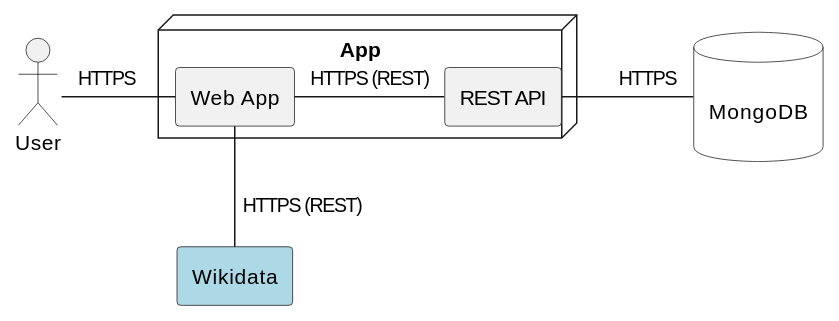
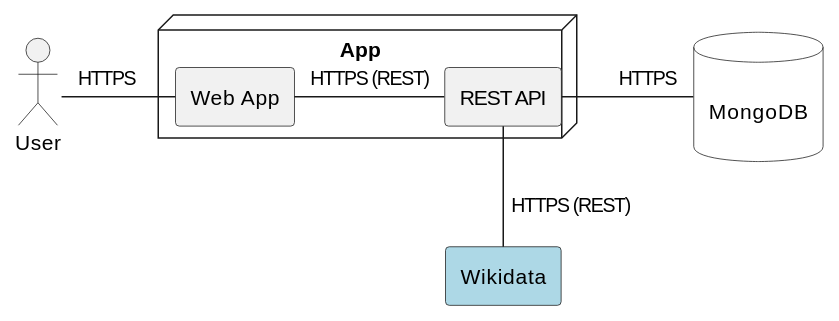
One commit to Arquisoft/wiq_es6c changed the diagram in docs/src/03_system_scope_and_context.adoc. Above: the diagram before and after it, drawn with PlantUML. The commit also changed other lines of this file, not shown here.

Commit message:
Corregida sección 3: Ajustados diagrama y términos

```diff
--- a/docs/src/03_system_scope_and_context.adoc
+++ b/docs/src/03_system_scope_and_context.adoc
@@ -72,17 +72,17 @@
 [plantuml,"Technical_Context Diagram",png]
 ----
 !pragma layout smetana
 
 actor "User"
 node "\t\t\tApp\t\t\t\t"{
     rectangle "Web App"
     rectangle "REST API"
 }
 rectangle "Wikidata" #lightblue
 database "\nMongoDB\n" as MongoDB #white
 
 User -right- "Web App" : "HTTPS\t"
 "Web App" -right- "REST API" : HTTPS (REST)
 "REST API" -right-- "MongoDB" : "\tHTTPS"
-"Web App" -down- "Wikidata" : " HTTPS (REST)"
+"REST API" -down- "Wikidata" : " HTTPS (REST)"
 ----
```
